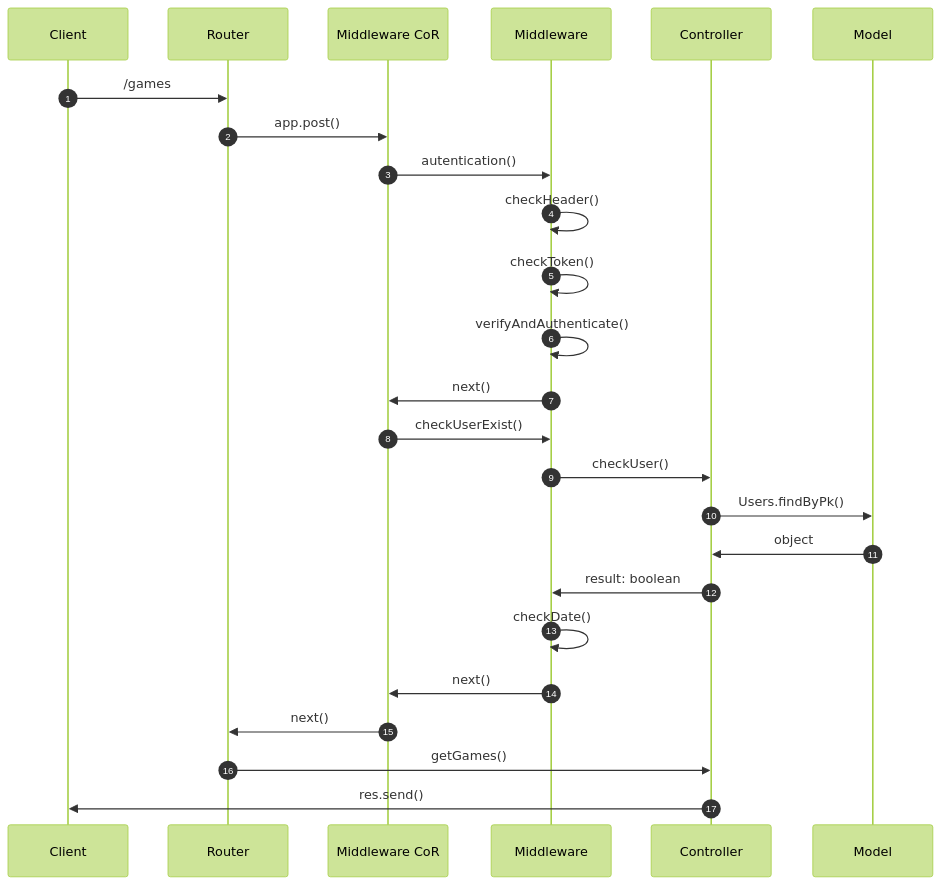
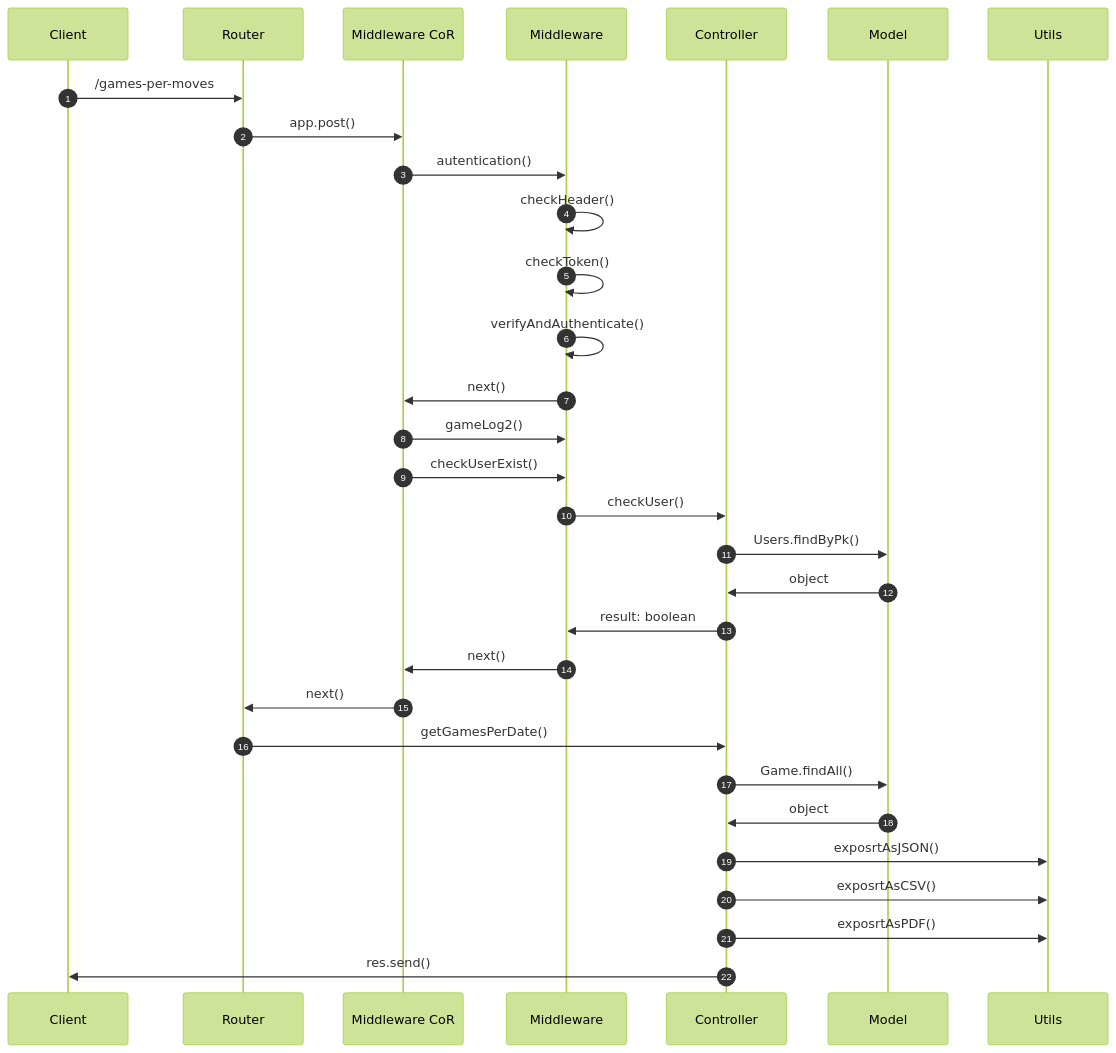
Before and after one commit to mreddee/Progetto-Dama-PA: the seventh of 11 diagrams in README.md, drawn with Mermaid (forest theme). The commit also changed other lines of this file, not shown here.

````diff
--- a/README.md
+++ b/README.md
@@ -342,21 +396,26 @@
 ```mermaid
 sequenceDiagram
 autonumber
-Client->>Router: /games
+Client->>Router: /games-per-moves
 Router->>Middleware CoR: app.post()
 Middleware CoR->>Middleware: autentication()
 Middleware->>Middleware: checkHeader()
 Middleware->>Middleware: checkToken()
 Middleware->>Middleware: verifyAndAuthenticate()
 Middleware->>Middleware CoR: next()
+Middleware CoR->>Middleware: gameLog2()
 Middleware CoR->>Middleware: checkUserExist()
 Middleware->>Controller: checkUser()
 Controller->>Model: Users.findByPk()
 Model->>Controller: object
 Controller->>Middleware: result: boolean
-Middleware->>Middleware: checkDate()
 Middleware->>Middleware CoR: next()
 Middleware CoR->>Router: next()
-Router->>Controller: getGames()
+Router->>Controller: getGamesPerDate()
+Controller->>Model: Game.findAll()
+Model->>Controller: object
+Controller->>Utils: exposrtAsJSON()
+Controller->>Utils: exposrtAsCSV()
+Controller->>Utils: exposrtAsPDF()
 Controller->>Client: res.send()
 ```
````
